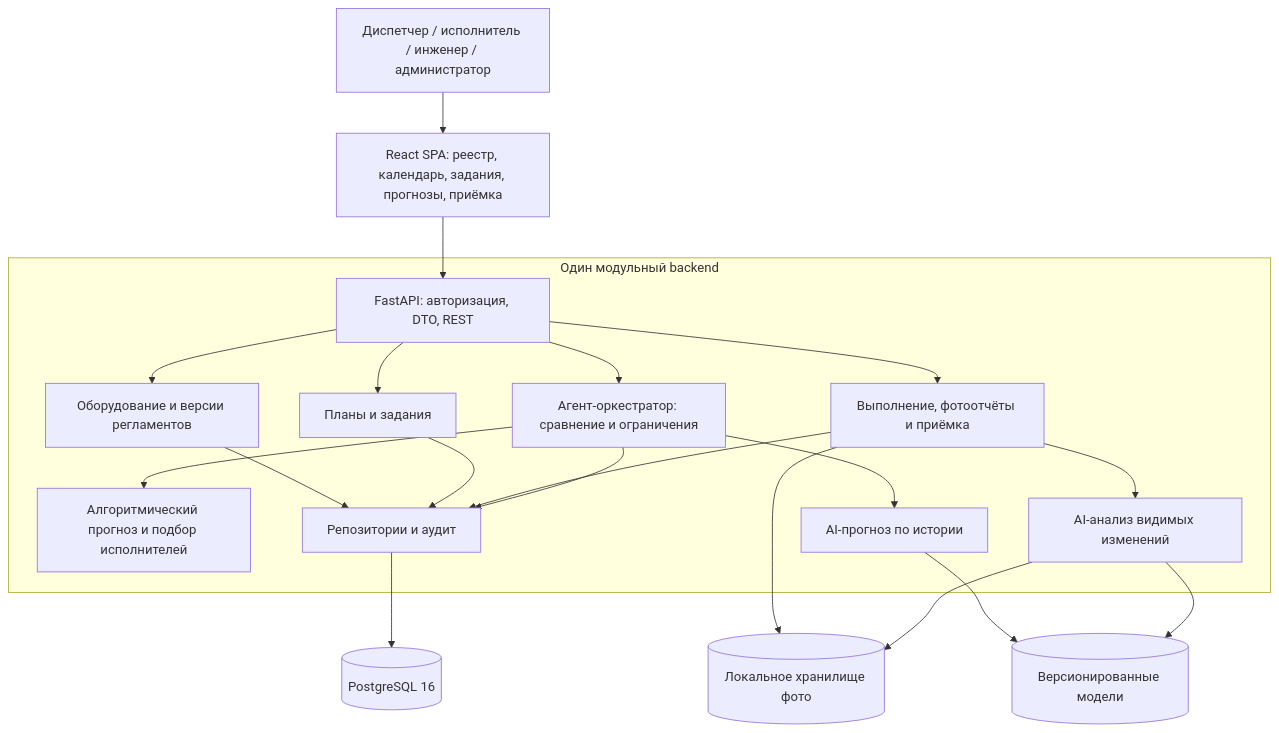
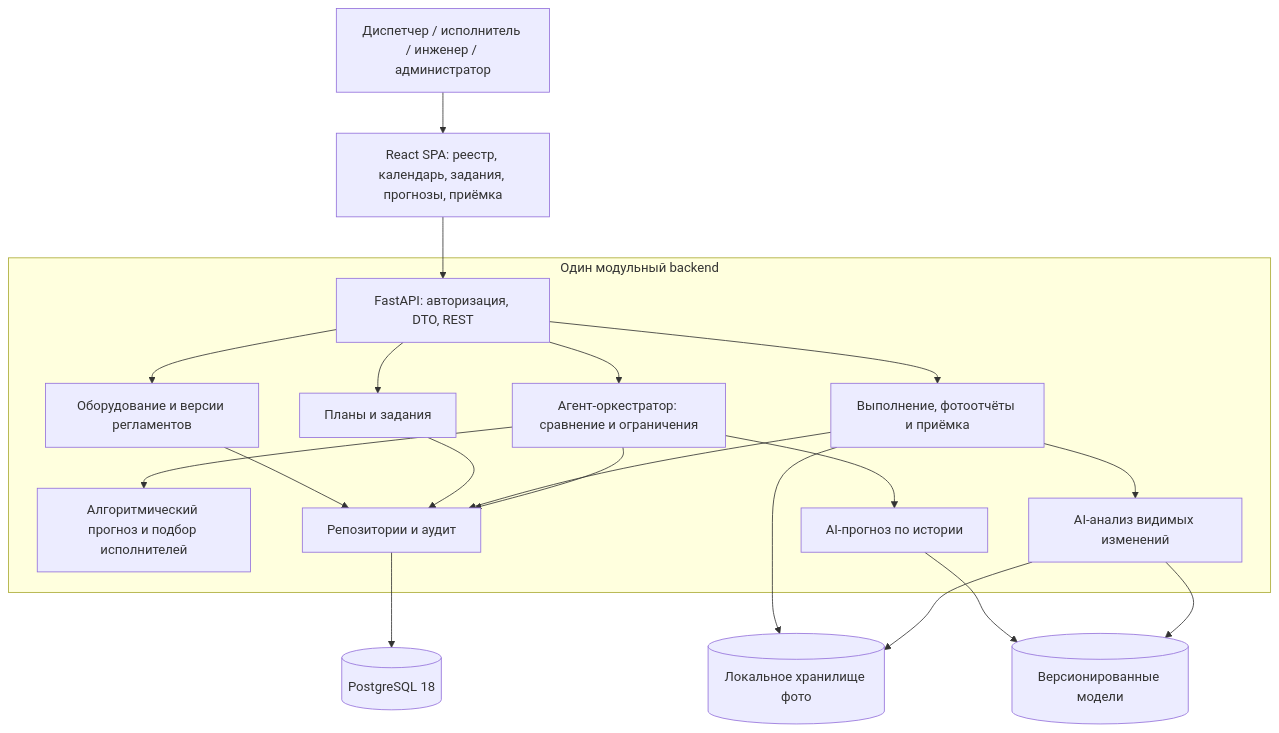
The diagram in docs/assets/architecture/system_architecture.mmd (Fir-White/FixRateAI), drawn with Mermaid before and after one commit. The commit also changed 16 other files, not shown here.

```diff
--- a/docs/assets/architecture/system_architecture.mmd
+++ b/docs/assets/architecture/system_architecture.mmd
@@ -1,21 +1,21 @@
 flowchart TB
     U[Диспетчер / исполнитель / инженер / администратор] --> UI[React SPA: реестр, календарь, задания, прогнозы, приёмка]
     UI --> API[FastAPI: авторизация, DTO, REST]
     subgraph BE[Один модульный backend]
         API --> C[Оборудование и версии регламентов]
         API --> P[Планы и задания]
         API --> E[Выполнение, фотоотчёты и приёмка]
         API --> O[Агент-оркестратор: сравнение и ограничения]
         O --> A[Алгоритмический прогноз и подбор исполнителей]
         O --> F[AI-прогноз по истории]
         E --> V[AI-анализ видимых изменений]
         C --> R[Репозитории и аудит]
         P --> R
         E --> R
         O --> R
     end
-    R --> DB[(PostgreSQL 16)]
+    R --> DB[(PostgreSQL 18)]
     E --> PH[(Локальное хранилище фото)]
     V --> PH
     F --> M[(Версионированные модели)]
     V --> M
```
